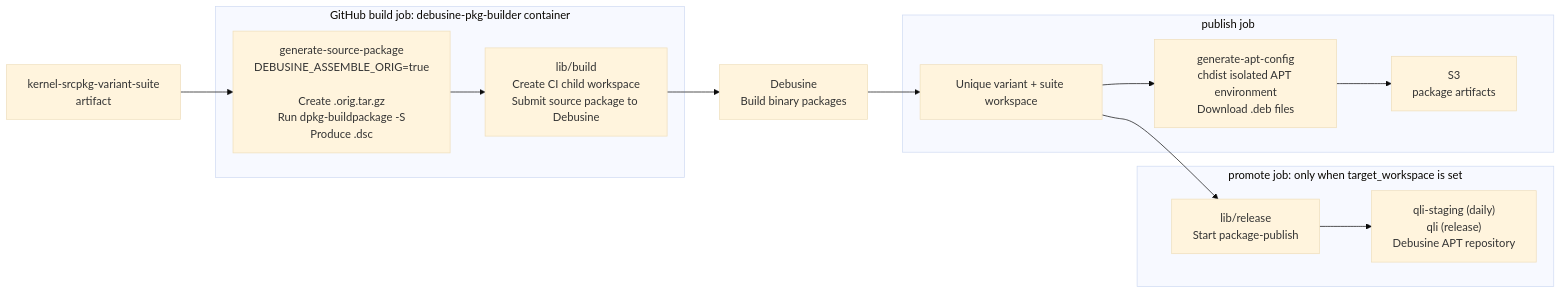
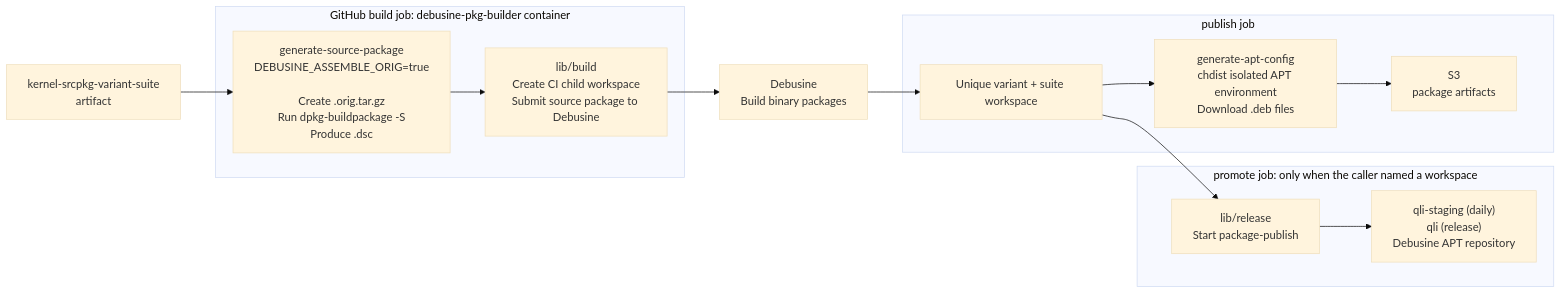
One commit to qualcomm-linux/pkg-linux-qcom changed the fourth of 6 diagrams in README.md. Above: the diagram before and after it, drawn with Mermaid (base theme). The commit also changed other lines of this file and 5 other files, not shown here.

````diff
--- a/README.md
+++ b/README.md
@@ -431,22 +427,22 @@
 ```mermaid
 flowchart LR
     ART["kernel-srcpkg-variant-suite\nartifact"] --> GSP
 
     subgraph source[GitHub build job: debusine-pkg-builder container]
         GSP["generate-source-package\nDEBUSINE_ASSEMBLE_ORIG=true\n\nCreate .orig.tar.gz\nRun dpkg-buildpackage -S\nProduce .dsc"] --> SUBMIT
         SUBMIT["lib/build\nCreate CI child workspace\nSubmit source package to Debusine"]
     end
 
     SUBMIT --> DEB["Debusine\nBuild binary packages"]
     DEB --> WS["Unique variant + suite workspace"]
 
     subgraph publish[publish job]
         WS --> APT["generate-apt-config\nchdist isolated APT environment\nDownload .deb files"]
         APT --> S3["S3\npackage artifacts"]
     end
 
-    subgraph promote[promote job: only when target_workspace is set]
+    subgraph promote[promote job: only when the caller named a workspace]
         WS --> PROMOTE["lib/release\nStart package-publish"]
         PROMOTE --> STG["qli-staging (daily)\nqli (release)\nDebusine APT repository"]
     end
 ```
````
